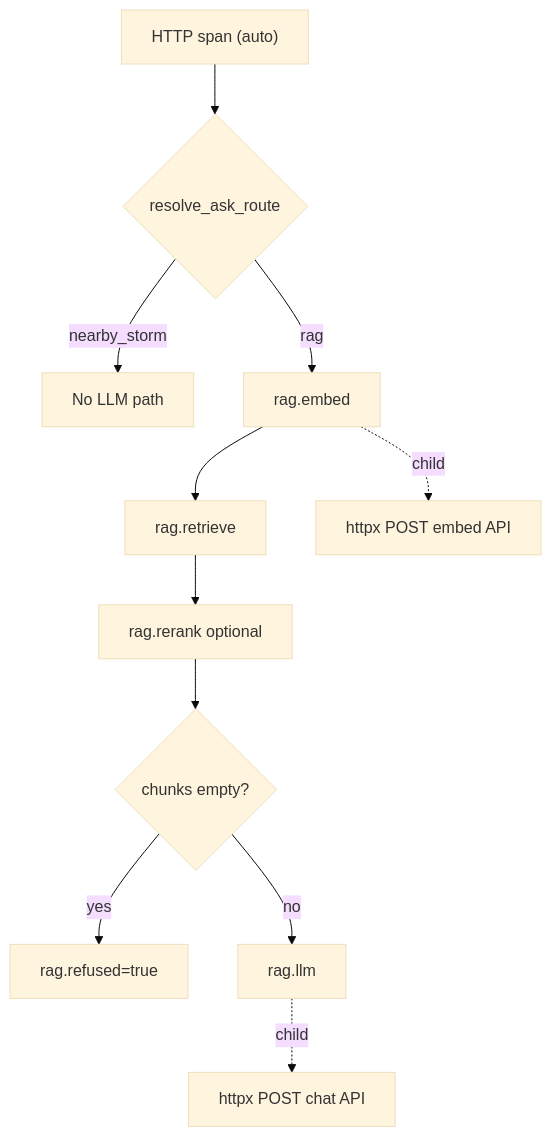
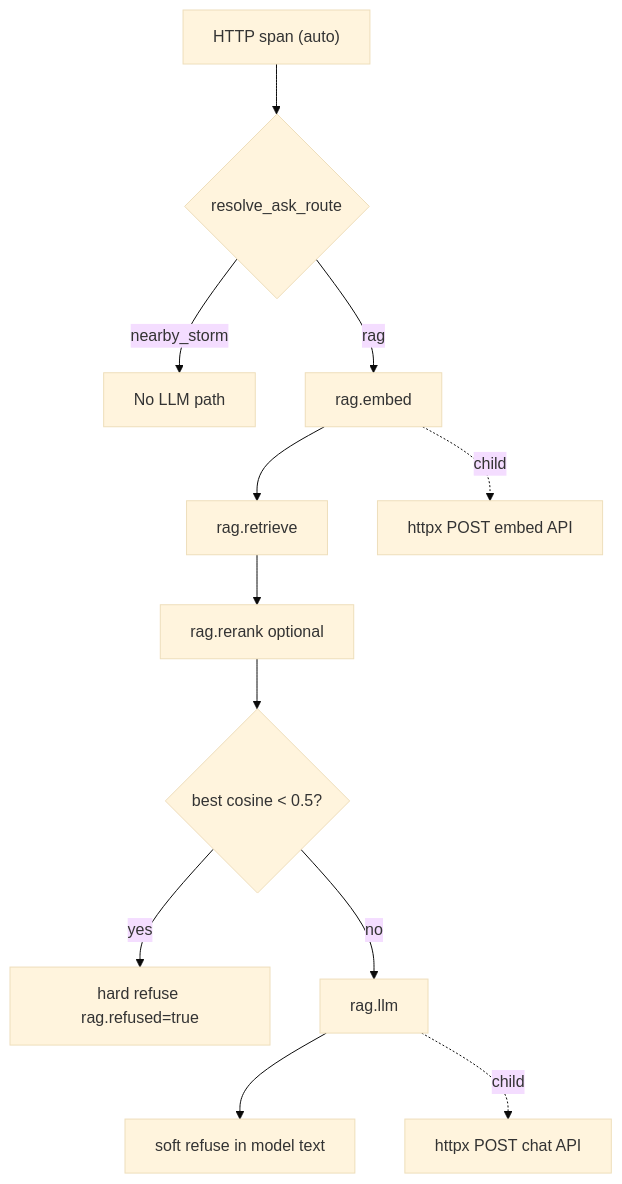
One commit to rclarke009/verbiage changed the diagram in docs/otel-learning.md. Above: the diagram before and after it, drawn with Mermaid (base theme). The commit also changed other lines of this file and 10 other files, not shown here.

````diff
--- a/docs/otel-learning.md
+++ b/docs/otel-learning.md
@@ -18,13 +18,14 @@
 ```mermaid
 flowchart TD
     HTTP["HTTP span (auto)"] --> Route{resolve_ask_route}
     Route -->|nearby_storm| Storm[No LLM path]
     Route -->|rag| Embed[rag.embed]
     Embed --> Retrieve[rag.retrieve]
     Retrieve --> Rerank[rag.rerank optional]
-    Rerank --> Gate{chunks empty?}
-    Gate -->|yes| Refuse[rag.refused=true]
+    Rerank --> Gate{best cosine < 0.5?}
+    Gate -->|yes| HardRefuse[hard refuse rag.refused=true]
     Gate -->|no| LLM[rag.llm]
+    LLM --> SoftRefuse[soft refuse in model text]
     Embed -.->|child| HttpxEmbed[httpx POST embed API]
     LLM -.->|child| HttpxLLM[httpx POST chat API]
 ```
````
